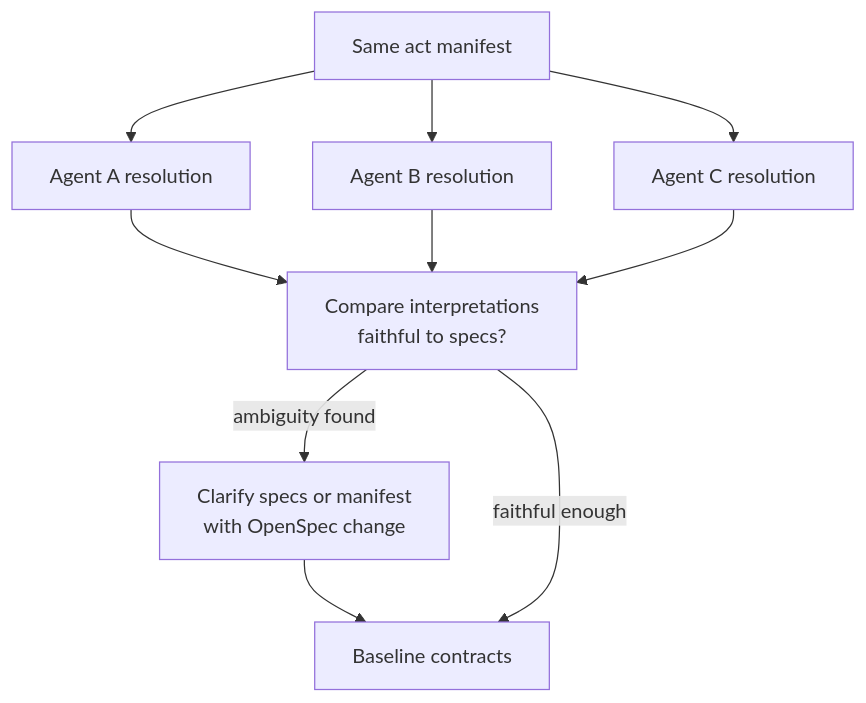
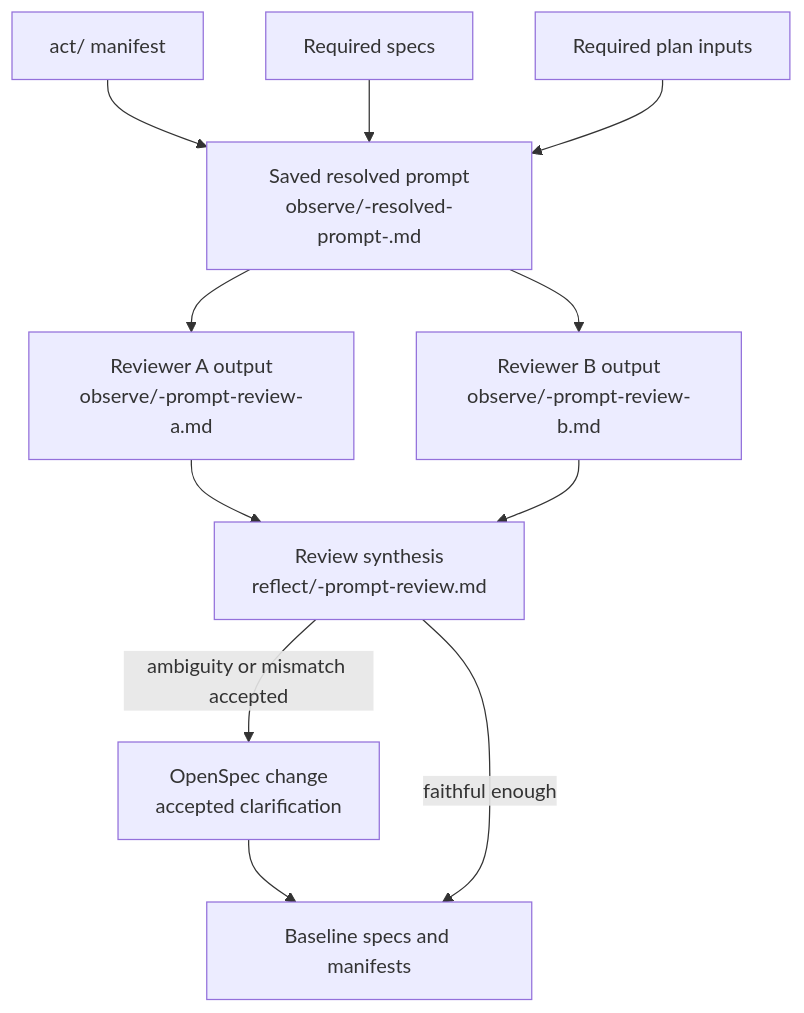
The second of 2 diagrams in README.md (dtcc-platform/udt-platforms-mapping), drawn with Mermaid before and after one commit. The commit also changed other lines of this file and 11 other files, not shown here.

Commit message:
Add research prompt review workflow

````diff
--- a/README.md
+++ b/README.md
@@ -116,20 +129,23 @@
 ```mermaid
 flowchart TD
-    M["Same act manifest"]
-    C["Agent A resolution"]
-    L["Agent B resolution"]
-    G["Agent C resolution"]
-    V["Compare interpretations\nfaithful to specs?"]
-    D["Clarify specs or manifest\nwith OpenSpec change"]
-    B["Baseline contracts"]
+    M["act/ manifest"]
+    S["Required specs"]
+    P["Required plan inputs"]
+    R["Saved resolved prompt\nobserve/<action>-resolved-prompt-<resolver>.md"]
+    A["Reviewer A output\nobserve/<action>-prompt-review-a.md"]
+    B["Reviewer B output\nobserve/<action>-prompt-review-b.md"]
+    F["Review synthesis\nreflect/<action>-prompt-review.md"]
+    D["OpenSpec change\naccepted clarification"]
+    Base["Baseline specs and manifests"]
 
-    M --> C
-    M --> L
-    M --> G
-    C --> V
-    L --> V
-    G --> V
-    V -->|ambiguity found| D
-    D --> B
-    V -->|faithful enough| B
+    M --> R
+    S --> R
+    P --> R
+    R --> A
+    R --> B
+    A --> F
+    B --> F
+    F -->|ambiguity or mismatch accepted| D
+    D --> Base
+    F -->|faithful enough| Base
 ```
````
